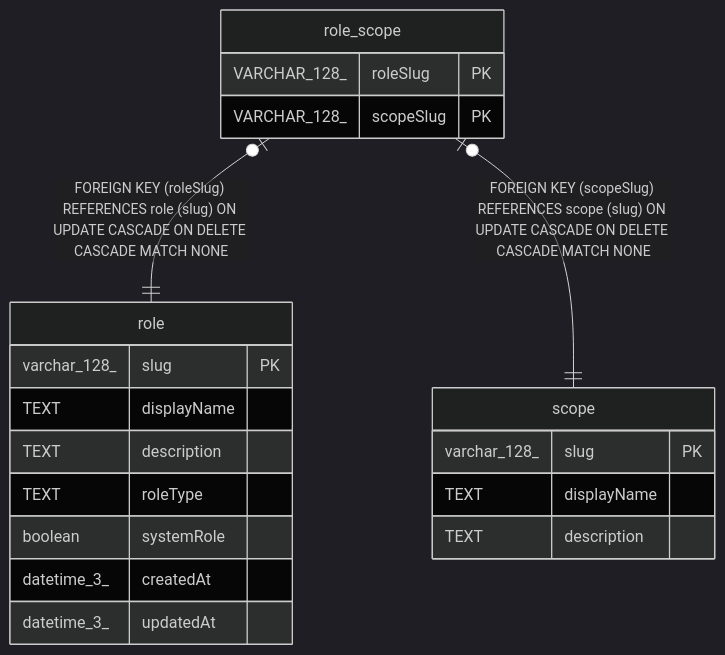
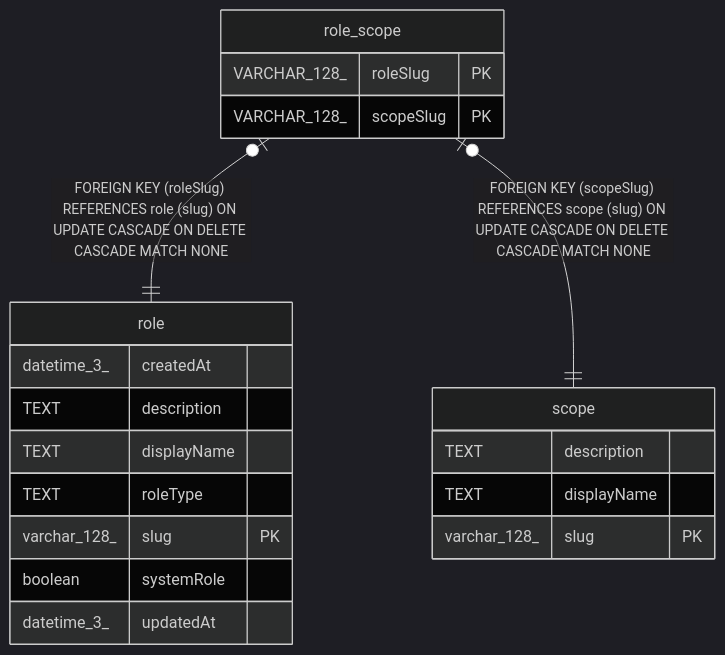
One commit to mayankjain1815-commits/n8n changed the diagram in docs/generated/sqlite-schema/role_scope.md. Above: the diagram before and after it, drawn with Mermaid (dark theme). The commit also changed other lines of this file and 221 other files, not shown here.

Commit message:
chore(core): Make DB schema docs generation deterministic (#32373)

````diff
--- a/docs/generated/sqlite-schema/role_scope.md
+++ b/docs/generated/sqlite-schema/role_scope.md
@@ -46,25 +46,25 @@
 ```mermaid
 erDiagram
 
 "role_scope" |o--|| "role" : "FOREIGN KEY (roleSlug) REFERENCES role (slug) ON UPDATE CASCADE ON DELETE CASCADE MATCH NONE"
 "role_scope" |o--|| "scope" : "FOREIGN KEY (scopeSlug) REFERENCES scope (slug) ON UPDATE CASCADE ON DELETE CASCADE MATCH NONE"
 
 "role_scope" {
   VARCHAR_128_ roleSlug PK
   VARCHAR_128_ scopeSlug PK
 }
 "role" {
+  datetime_3_ createdAt
+  TEXT description
+  TEXT displayName
+  TEXT roleType
   varchar_128_ slug PK
-  TEXT displayName
-  TEXT description
-  TEXT roleType
   boolean systemRole
-  datetime_3_ createdAt
   datetime_3_ updatedAt
 }
 "scope" {
+  TEXT description
+  TEXT displayName
   varchar_128_ slug PK
-  TEXT displayName
-  TEXT description
 }
 ```
````
